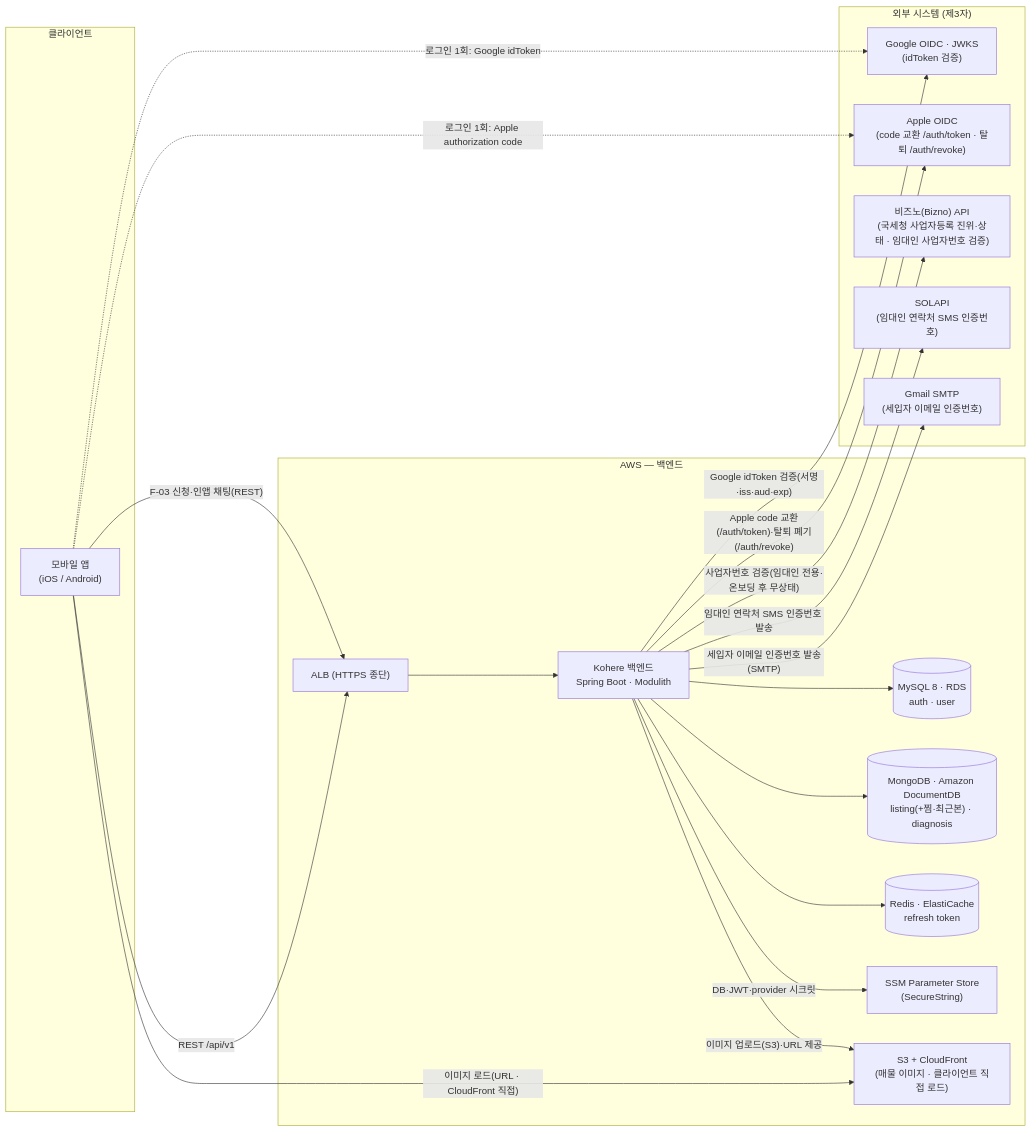
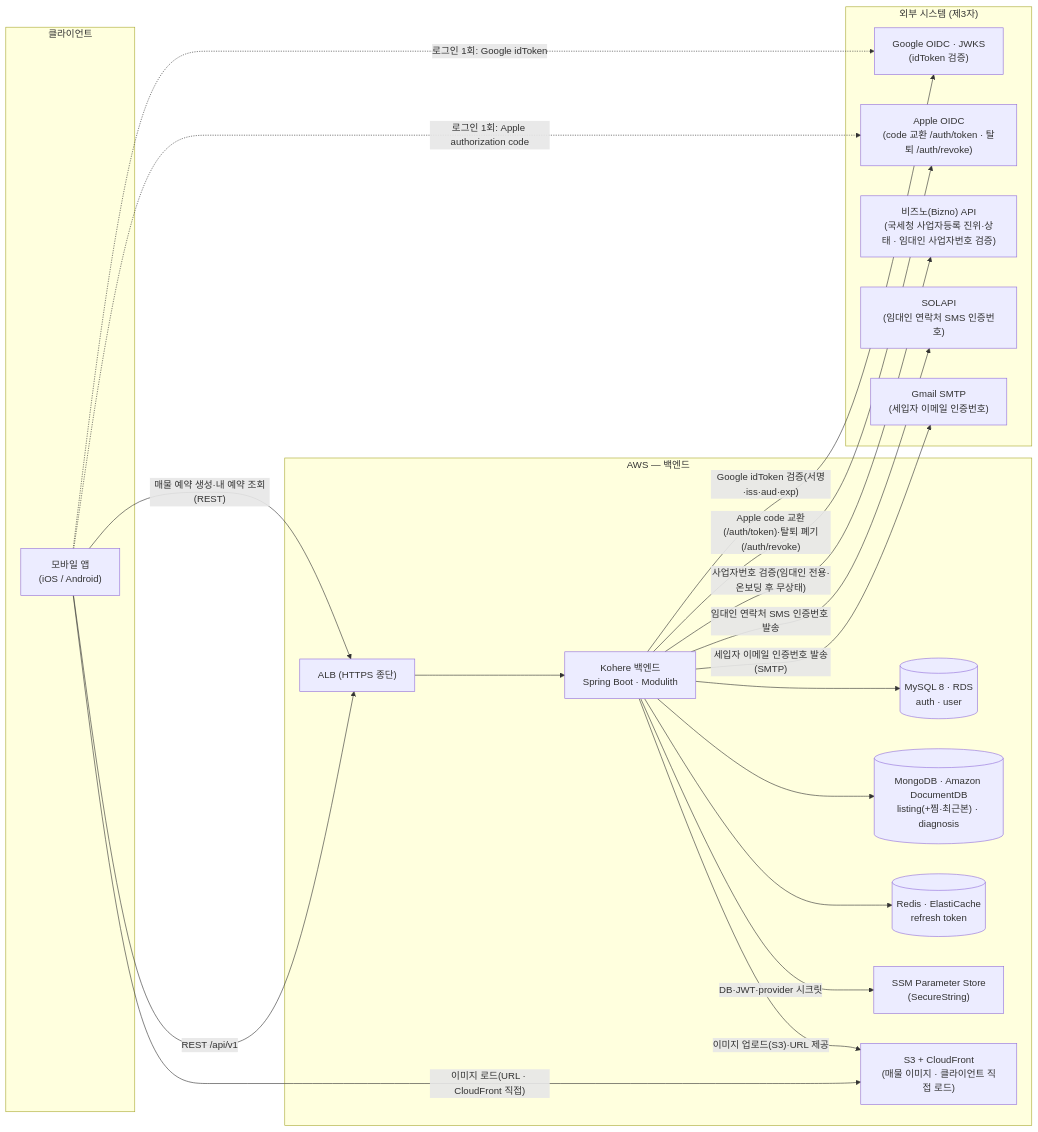
One commit to jameskim9509/Kohere-backend changed the first of 5 diagrams in docs/architecture/system-overview.md. Above: the diagram before and after it, drawn with Mermaid. The commit also changed other lines of this file and 15 other files, not shown here.

````diff
--- a/docs/architecture/system-overview.md
+++ b/docs/architecture/system-overview.md
@@ -29,41 +29,41 @@
 ```mermaid
 flowchart LR
     subgraph Client["클라이언트"]
       APP["모바일 앱<br/>(iOS / Android)"]
     end
 
     subgraph External["외부 시스템 (제3자)"]
       OIDC["Google OIDC · JWKS<br/>(idToken 검증)"]
       APPLE["Apple OIDC<br/>(code 교환 /auth/token · 탈퇴 /auth/revoke)"]
       BIZNO["비즈노(Bizno) API<br/>(국세청 사업자등록 진위·상태 · 임대인 사업자번호 검증)"]
       SOLAPI["SOLAPI<br/>(임대인 연락처 SMS 인증번호)"]
       MAIL["Gmail SMTP<br/>(세입자 이메일 인증번호)"]
     end
 
     subgraph Cloud["AWS — 백엔드"]
       ALB["ALB (HTTPS 종단)"]
       SRV["Kohere 백엔드<br/>Spring Boot · Modulith"]
       MYSQL[("MySQL 8 · RDS<br/>auth · user")]
       MONGO[("MongoDB · Amazon DocumentDB<br/>listing(+찜·최근본) · diagnosis")]
       REDIS[("Redis · ElastiCache<br/>refresh token")]
       SECRET["SSM Parameter Store<br/>(SecureString)"]
       CDN["S3 + CloudFront<br/>(매물 이미지 · 클라이언트 직접 로드)"]
     end
 
     APP -- "REST /api/v1" --> ALB
     ALB --> SRV
     APP -. "로그인 1회: Google idToken" .-> OIDC
     APP -. "로그인 1회: Apple authorization code" .-> APPLE
     SRV -- "Google idToken 검증(서명·iss·aud·exp)" --> OIDC
     SRV -- "Apple code 교환(/auth/token)·탈퇴 폐기(/auth/revoke)" --> APPLE
     SRV -- "사업자번호 검증(임대인 전용·온보딩 후 무상태)" --> BIZNO
     SRV -- "임대인 연락처 SMS 인증번호 발송" --> SOLAPI
     SRV -- "세입자 이메일 인증번호 발송(SMTP)" --> MAIL
     SRV --> MYSQL
     SRV --> MONGO
     SRV --> REDIS
-    APP -- "F-03 신청·인앱 채팅(REST)" --> ALB
+    APP -- "매물 예약 생성·내 예약 조회(REST)" --> ALB
     APP -- "이미지 로드(URL · CloudFront 직접)" --> CDN
     SRV -- "이미지 업로드(S3)·URL 제공" --> CDN
     SRV -- "DB·JWT·provider 시크릿" --> SECRET
 ```
````
